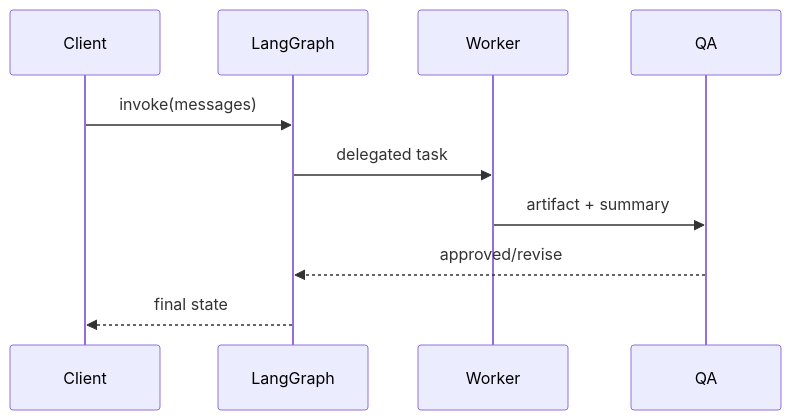
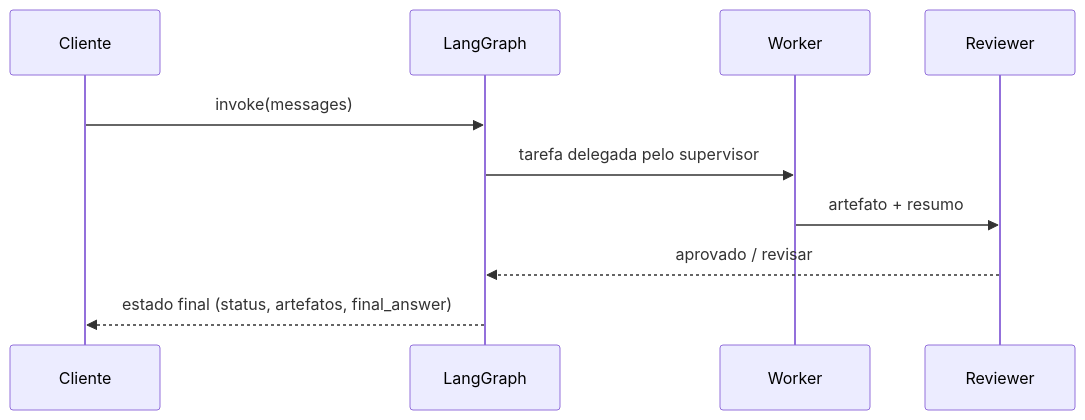
The second of 2 diagrams in README.md (PresetyX/AI-Multi-Agent-System), drawn with Mermaid before and after one commit. The commit also changed other lines of this file and 9 other files, not shown here.

````diff
--- a/README.md
+++ b/README.md
@@ -18,12 +31,12 @@
 ```mermaid
 sequenceDiagram
-  participant C as Client
+  participant C as Cliente
   participant G as LangGraph
   participant W as Worker
-  participant Q as QA
+  participant Q as Reviewer
   C->>G: invoke(messages)
-  G->>W: delegated task
-  W->>Q: artifact + summary
-  Q-->>G: approved/revise
-  G-->>C: final state
+  G->>W: tarefa delegada pelo supervisor
+  W->>Q: artefato + resumo
+  Q-->>G: aprovado / revisar
+  G-->>C: estado final (status, artefatos, final_answer)
 ```
````
